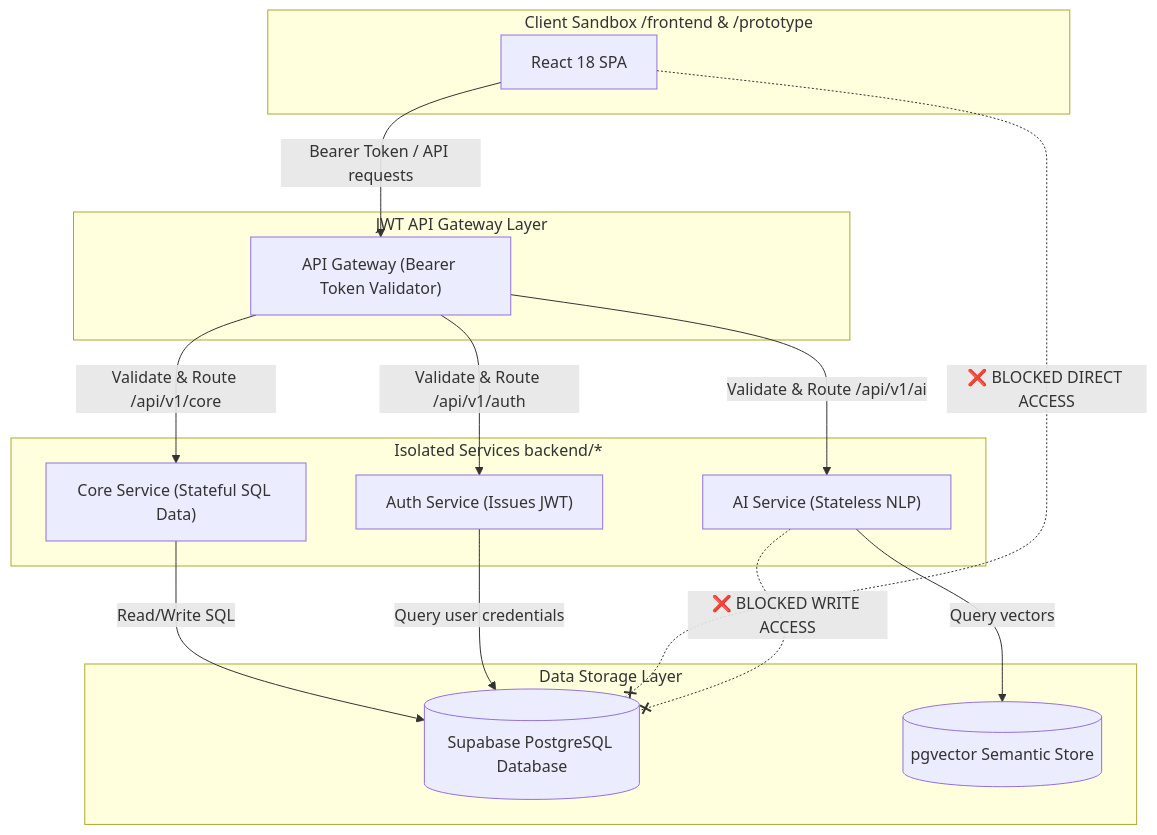
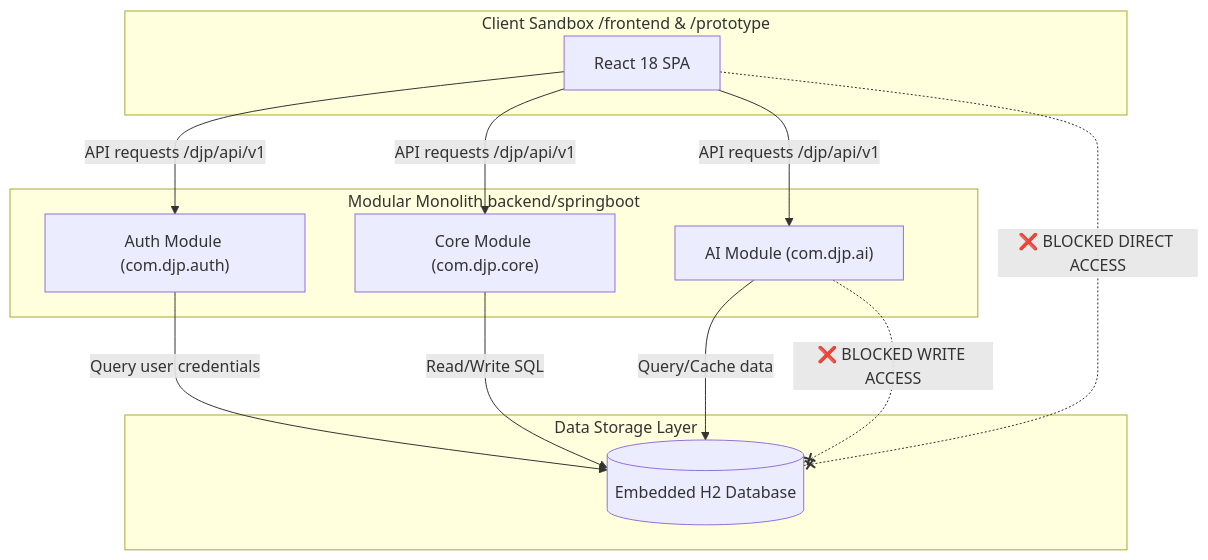
One commit to alokgupta02/DJP-v1 changed the first of 2 diagrams in docs/architecture/system/system-boundaries.md. Above: the diagram before and after it, drawn with Mermaid. The commit also changed other lines of this file and 36 other files, not shown here.

````diff
--- a/docs/architecture/system/system-boundaries.md
+++ b/docs/architecture/system/system-boundaries.md
@@ -17,36 +17,30 @@
 ```mermaid
 graph TD
     subgraph Client [Client Sandbox /frontend & /prototype]
         FE["React 18 SPA"]
     end
 
-    subgraph Security [JWT API Gateway Layer]
-        GW["API Gateway (Bearer Token Validator)"]
-    end
-
-    subgraph Microservices [Isolated Services backend/*]
-        AUTH["Auth Service (Issues JWT)"]
-        CORE["Core Service (Stateful SQL Data)"]
-        AI["AI Service (Stateless NLP)"]
+    subgraph Monolith [Modular Monolith backend/springboot]
+        AUTH["Auth Module (com.djp.auth)"]
+        CORE["Core Module (com.djp.core)"]
+        AI["AI Module (com.djp.ai)"]
     end
 
     subgraph Storage [Data Storage Layer]
-        DB[("Supabase PostgreSQL Database")]
-        VEC[("pgvector Semantic Store")]
+        DB[("Embedded H2 Database")]
     end
 
     %% Network flows
-    FE -->|Bearer Token / API requests| GW
-    GW -->|Validate & Route /api/v1/auth| AUTH
-    GW -->|Validate & Route /api/v1/core| CORE
-    GW -->|Validate & Route /api/v1/ai| AI
+    FE -->|API requests /djp/api/v1| AUTH
+    FE -->|API requests /djp/api/v1| CORE
+    FE -->|API requests /djp/api/v1| AI
     
     %% Storage access
     CORE -->|Read/Write SQL| DB
     AUTH -->|Query user credentials| DB
-    AI -->|Query vectors| VEC
+    AI -->|Query/Cache data| DB
     
     %% Strict boundaries & blockages
     FE -.-x|❌ BLOCKED DIRECT ACCESS| DB
     AI -.-x|❌ BLOCKED WRITE ACCESS| DB
 ```
````
